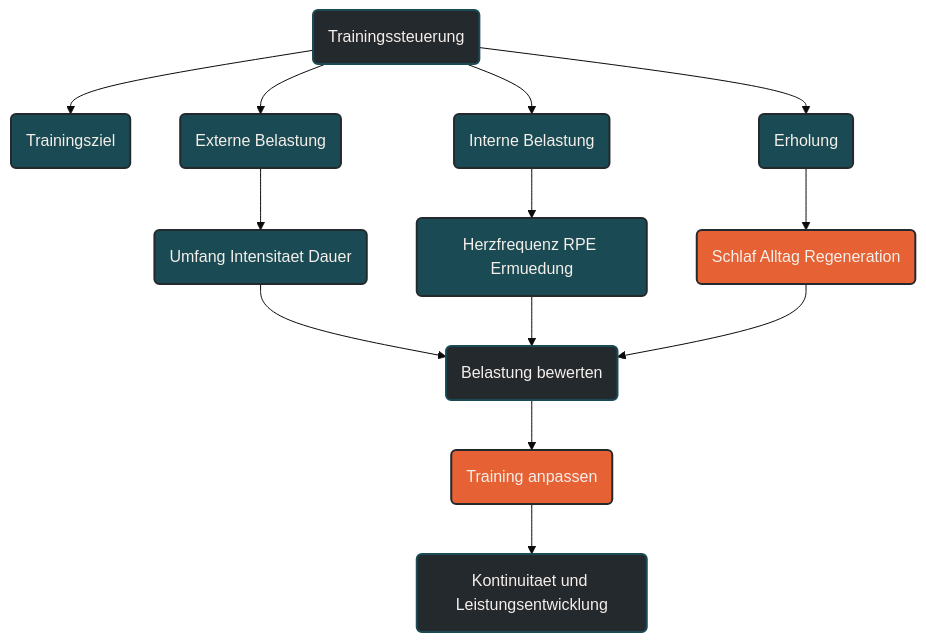
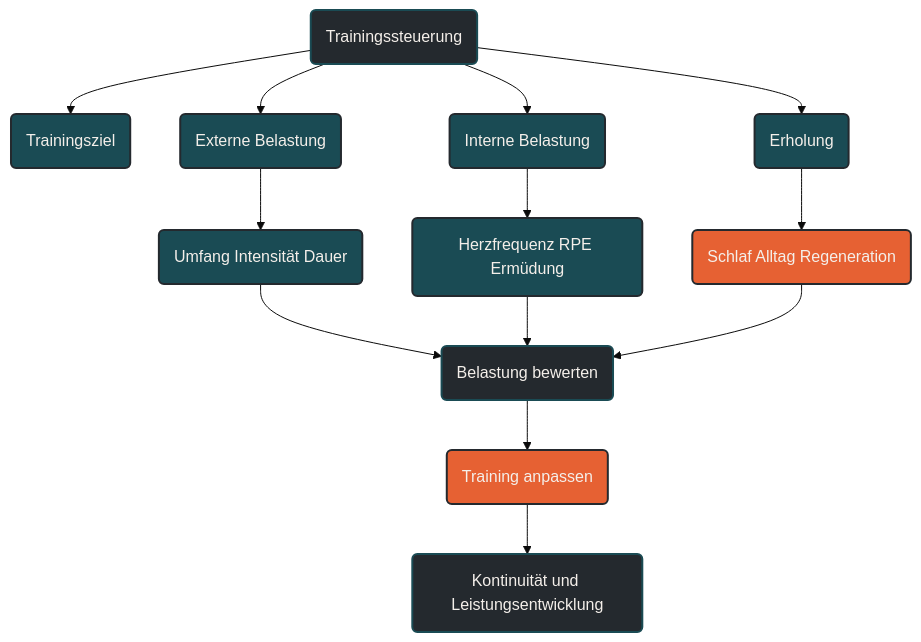
One commit to Quixos40K/ausdauersport-typemill changed the diagram in content/00-ausdauersport/00-trainingswissenschaft/03-trainingsplanung/02-trainingssteuerung.md. Above: the diagram before and after it, drawn with Mermaid (base theme).

Commit message:
Fix spelling errors in training control document

````diff
--- a/content/00-ausdauersport/00-trainingswissenschaft/03-trainingsplanung/02-trainingssteuerung.md
+++ b/content/00-ausdauersport/00-trainingswissenschaft/03-trainingsplanung/02-trainingssteuerung.md
@@ -89,35 +89,35 @@
 ```mermaid
 graph TD
     A(Trainingssteuerung) --> B(Trainingsziel)
     A --> C(Externe Belastung)
     A --> D(Interne Belastung)
     A --> E(Erholung)
 
-    C --> F(Umfang Intensitaet Dauer)
-    D --> G(Herzfrequenz RPE Ermuedung)
+    C --> F(Umfang Intensität Dauer)
+    D --> G(Herzfrequenz RPE Ermüdung)
     E --> H(Schlaf Alltag Regeneration)
 
     F --> I(Belastung bewerten)
     G --> I
     H --> I
 
     I --> J(Training anpassen)
-    J --> K(Kontinuitaet und Leistungsentwicklung)
+    J --> K(Kontinuität und Leistungsentwicklung)
 
     classDef default fill:#F4EFEA,stroke:#1A4B54,stroke-width:2px,color:#24292E;
     classDef primary fill:#1A4B54,stroke:#24292E,stroke-width:2px,color:#F4EFEA;
     classDef highlight fill:#E66133,stroke:#24292E,stroke-width:2px,color:#F4EFEA;
     classDef dark fill:#24292E,stroke:#1A4B54,stroke-width:2px,color:#F4EFEA;
 
     class A dark;
     class B primary;
     class C primary;
     class D primary;
     class E primary;
     class F primary;
     class G primary;
     class H highlight;
     class I dark;
     class J highlight;
     class K dark;
 ```
````
